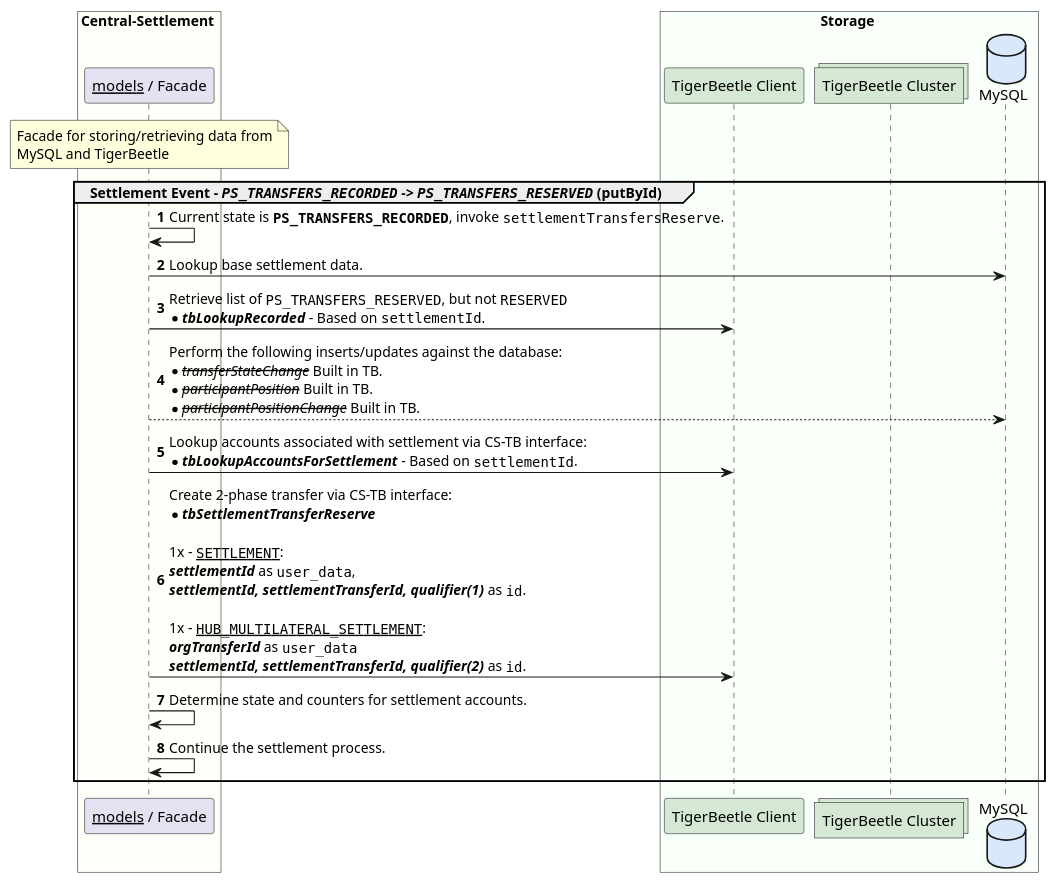
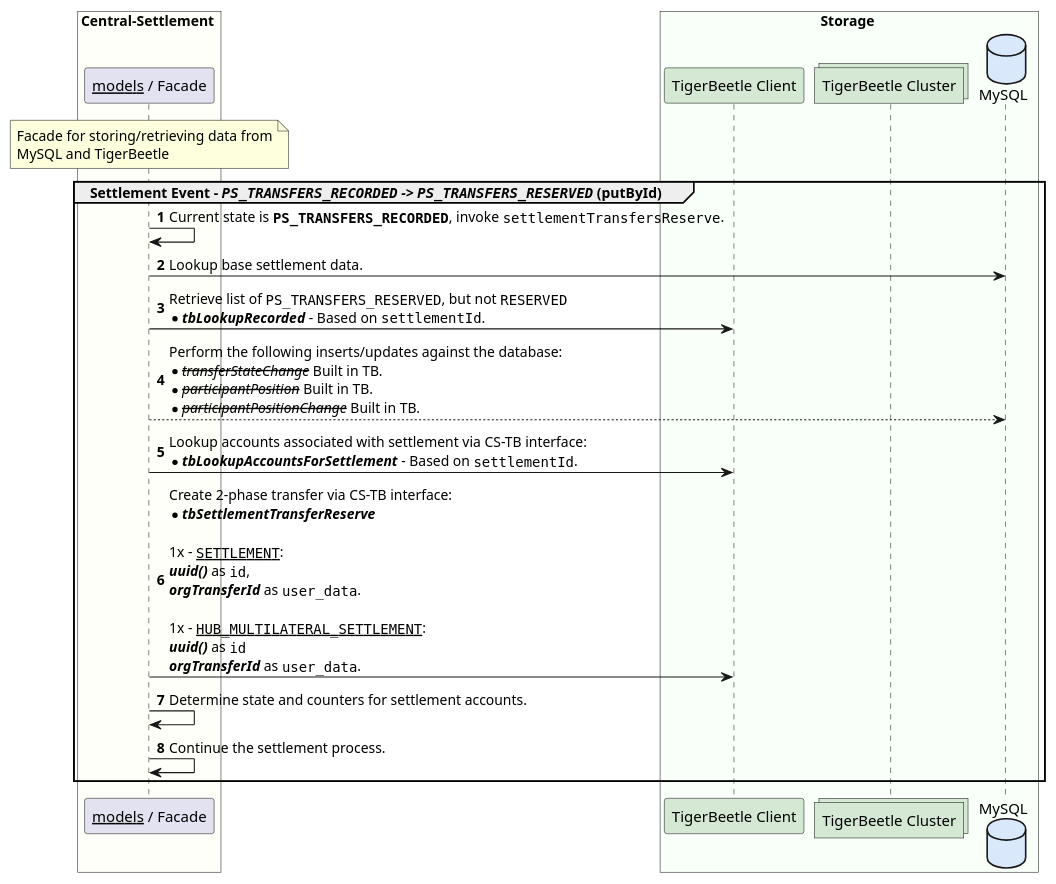
One commit to coilhq/mucoa changed the diagram in solution_design/sequence-settlement-tb-enabled-update-by-id-02.puml. Above: the diagram before and after it, drawn with PlantUML. The commit also changed 6 other files, not shown here.

Commit message:
Updated sequence diagrams for settlement. Each of the 3 states completed.

```diff
--- a/solution_design/sequence-settlement-tb-enabled-update-by-id-02.puml
+++ b/solution_design/sequence-settlement-tb-enabled-update-by-id-02.puml
@@ -1,30 +1,30 @@
 @startuml
 
 box Central-Settlement #FFFFF9
     participant "__models__ / Facade" as cs_facade
 
     note over cs_facade
         Facade for storing/retrieving data from
         MySQL and TigerBeetle
     end note
 end box
 
 box Storage #F9FFF9
 	participant "TigerBeetle Client" as tb_client #D5E8D4
 	collections "TigerBeetle Cluster" as tb_nodes #D5E8D4
 	database "MySQL" as cl_db #DAE8FC
 end box
 
 autonumber
 group Settlement Event - //""PS_TRANSFERS_RECORDED"" -> ""PS_TRANSFERS_RESERVED""// (putById)
     cs_facade -> cs_facade : Current state is **""PS_TRANSFERS_RECORDED""**, invoke ""settlementTransfersReserve"".
     cs_facade -> cl_db : Lookup base settlement data.
     cs_facade -> tb_client : Retrieve list of ""PS_TRANSFERS_RESERVED"", but not ""RESERVED""\n*//**tbLookupRecorded**// - Based on ""settlementId"".
     cs_facade --> cl_db : Perform the following inserts/updates against the database:\n*--//transferStateChange//-- Built in TB.\n*--//participantPosition//-- Built in TB.\n*--//participantPositionChange//-- Built in TB.
     cs_facade -> tb_client : Lookup accounts associated with settlement via CS-TB interface:\n*//**tbLookupAccountsForSettlement**// - Based on ""settlementId"".
-    cs_facade -> tb_client : Create 2-phase transfer via CS-TB interface:\n*//**tbSettlementTransferReserve**//\n\n1x - __""SETTLEMENT""__:\n**//settlementId//** as ""user_data"", \n**//settlementId, settlementTransferId, qualifier(1)//** as ""id"".\n\n1x - __""HUB_MULTILATERAL_SETTLEMENT""__:\n**//orgTransferId//** as ""user_data""\n**//settlementId, settlementTransferId, qualifier(2)//** as ""id"".
+    cs_facade -> tb_client : Create 2-phase transfer via CS-TB interface:\n*//**tbSettlementTransferReserve**//\n\n1x - __""SETTLEMENT""__:\n**//uuid()//** as ""id"",\n**//orgTransferId//** as ""user_data"".\n\n1x - __""HUB_MULTILATERAL_SETTLEMENT""__:\n**//uuid()//** as ""id""\n**//orgTransferId//** as ""user_data"".
     cs_facade -> cs_facade : Determine state and counters for settlement accounts.
     cs_facade -> cs_facade : Continue the settlement process.
 end
 
 @enduml
```
